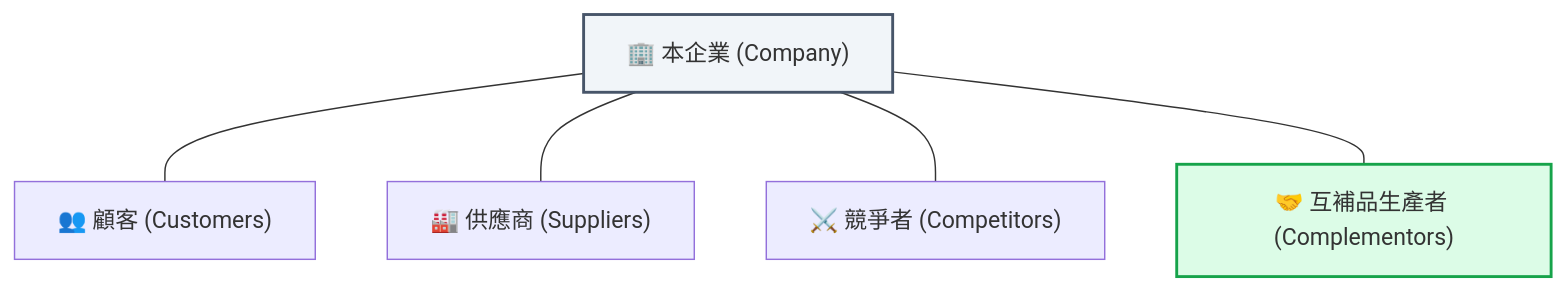
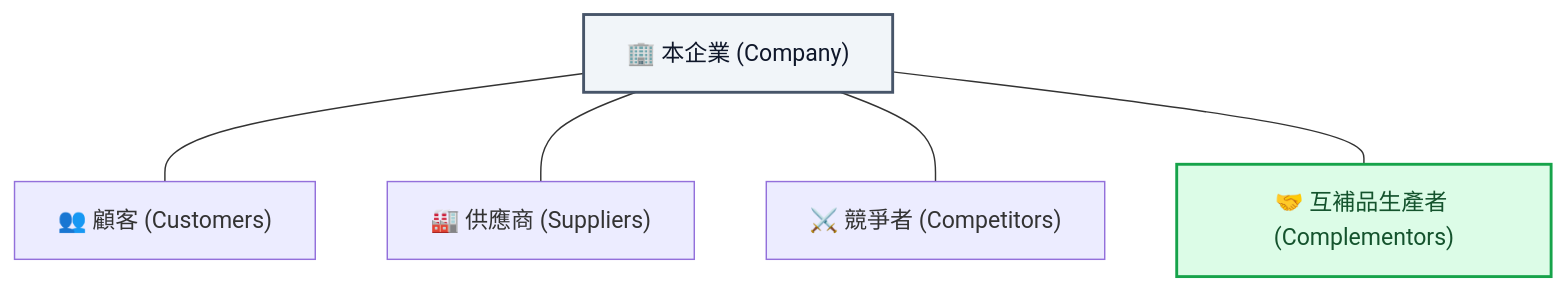
The third of 8 diagrams in src/site/notes/04_主題選修/12_產業分析與投資策略/02_模組筆記/Module_1_總論與架構/M1-6_產業分析模式與九大分析工具矩陣.md (Jimlin0428/my-digital-garden), drawn with Mermaid before and after one commit. The commit also changed other lines of this file and 99 other files, not shown here.

````diff
--- a/src/site/notes/04_主題選修/12_產業分析與投資策略/02_模組筆記/Module_1_總論與架構/M1-6_產業分析模式與九大分析工具矩陣.md
+++ b/src/site/notes/04_主題選修/12_產業分析與投資策略/02_模組筆記/Module_1_總論與架構/M1-6_產業分析模式與九大分析工具矩陣.md
@@ -204,16 +204,16 @@
 ```mermaid
 flowchart TD
     Customer["👥 顧客 (Customers)"]
     Supplier["🏭 供應商 (Suppliers)"]
     Competitor["⚔️ 競爭者 (Competitors)"]
     Complementor["🤝 互補品生產者 (Complementors)"]
     Company["🏢 本企業 (Company)"]
 
     Company --- Customer
     Company --- Supplier
     Company --- Competitor
     Company --- Complementor
 
-    style Company fill:#f1f5f9,stroke:#475569,stroke-width:2px
-    style Complementor fill:#dcfce7,stroke:#16a34a,stroke-width:2px
+    style Company fill:#f1f5f9,stroke:#475569,stroke-width:2px,color:#0f172a
+    style Complementor fill:#dcfce7,stroke:#16a34a,stroke-width:2px,color:#14532d
 ```
````
